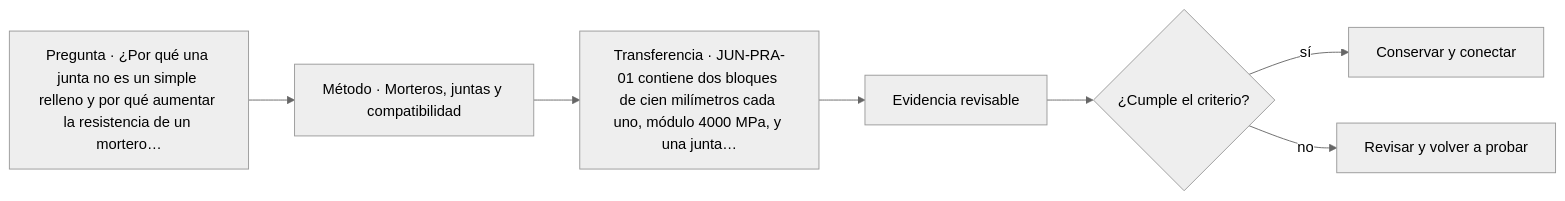
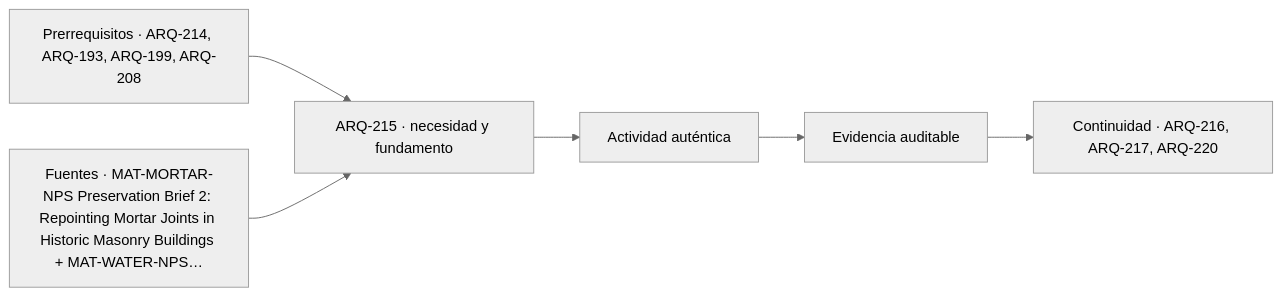
One commit to vladimiracunadev-create/architecture-built-environment-learning-program changed the diagram in classes/parte-22/ARQ-215.md. Above: the diagram before and after it, drawn with Mermaid (neutral theme). The commit also changed other lines of this file and 761 other files, not shown here.

````diff
--- a/classes/parte-22/ARQ-215.md
+++ b/classes/parte-22/ARQ-215.md
@@ -99,9 +111,8 @@
 ```mermaid
 flowchart LR
-    Q["Pregunta · ¿Por qué una junta no es un simple relleno y por qué aumentar la resistencia de un mortero…"] --> M["Método · Morteros, juntas y compatibilidad"]
-    M --> P["Transferencia · JUN-PRA-01 contiene dos bloques de cien milímetros cada uno, módulo 4000 MPa, y una junta…"]
-    P --> E["Evidencia revisable"]
-    E --> C{"¿Cumple el criterio?"}
-    C -->|sí| T["Conservar y conectar"]
-    C -->|no| R["Revisar y volver a probar"]
+    A["Prerrequisitos · ARQ-214, ARQ-193, ARQ-199, ARQ-208"] --> B["ARQ-215 · necesidad y fundamento"]
+    S["Fuentes · MAT-MORTAR-NPS Preservation Brief 2: Repointing Mortar Joints in Historic Masonry Buildings + MAT-WATER-NPS…"] --> B
+    B --> C["Actividad auténtica"]
+    C --> D["Evidencia auditable"]
+    D --> E["Continuidad · ARQ-216, ARQ-217, ARQ-220"]
 ```
````
